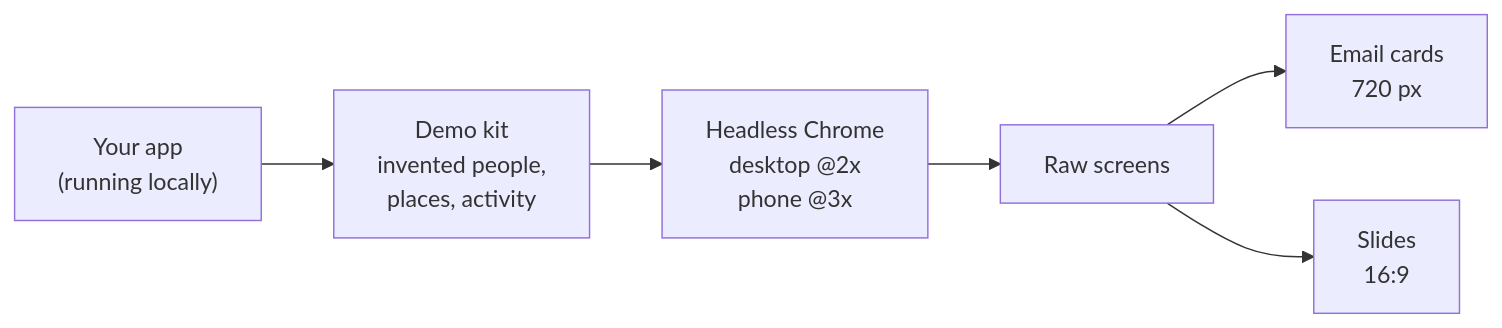
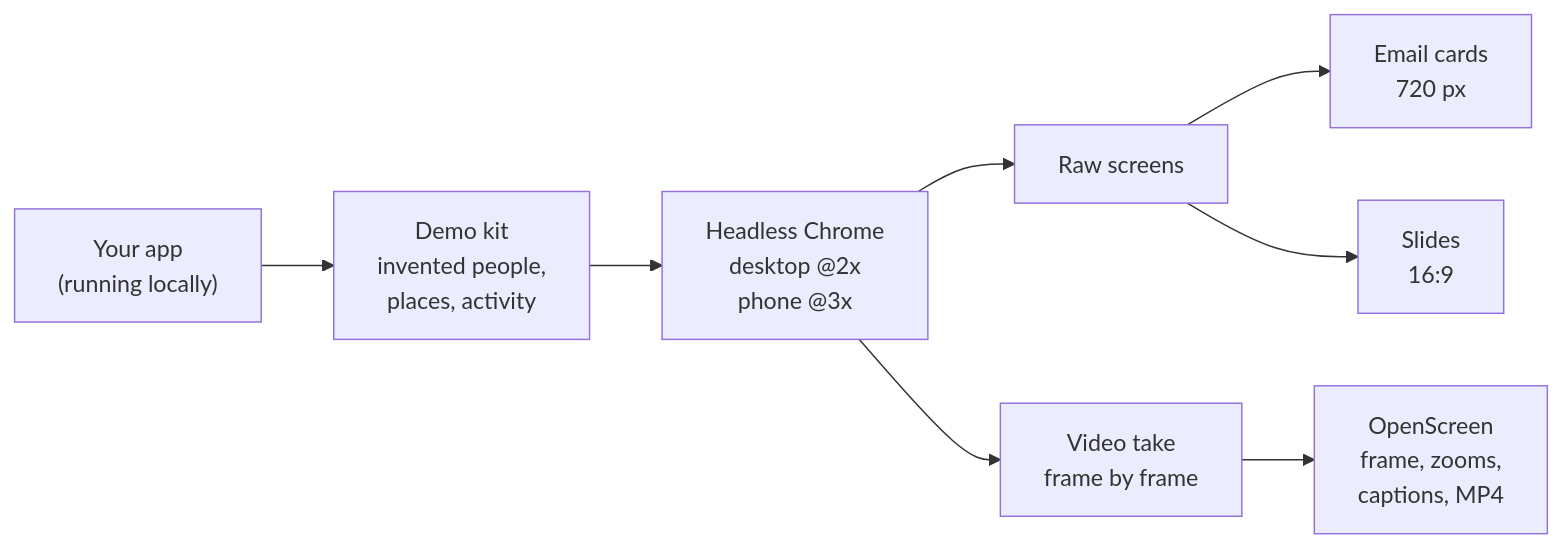
One commit to ovidiustancg7/claude-skills changed the diagram in README.md. Above: the diagram before and after it, drawn with Mermaid. The commit also changed other lines of this file and 24 other files, not shown here.

First line of the commit message:
showcase 1.2.0: a video mode, filmed frame by frame and edited in OpenScreen

````diff
--- a/README.md
+++ b/README.md
@@ -53,8 +55,10 @@
 ```mermaid
 flowchart LR
     A["Your app<br/>(running locally)"] --> B["Demo kit<br/>invented people,<br/>places, activity"]
     B --> C["Headless Chrome<br/>desktop @2x<br/>phone @3x"]
     C --> D["Raw screens"]
     D --> E["Email cards<br/>720 px"]
     D --> F["Slides<br/>16:9"]
+    C --> G["Video take<br/>frame by frame"]
+    G --> H["OpenScreen<br/>frame, zooms,<br/>captions, MP4"]
 ```
````
